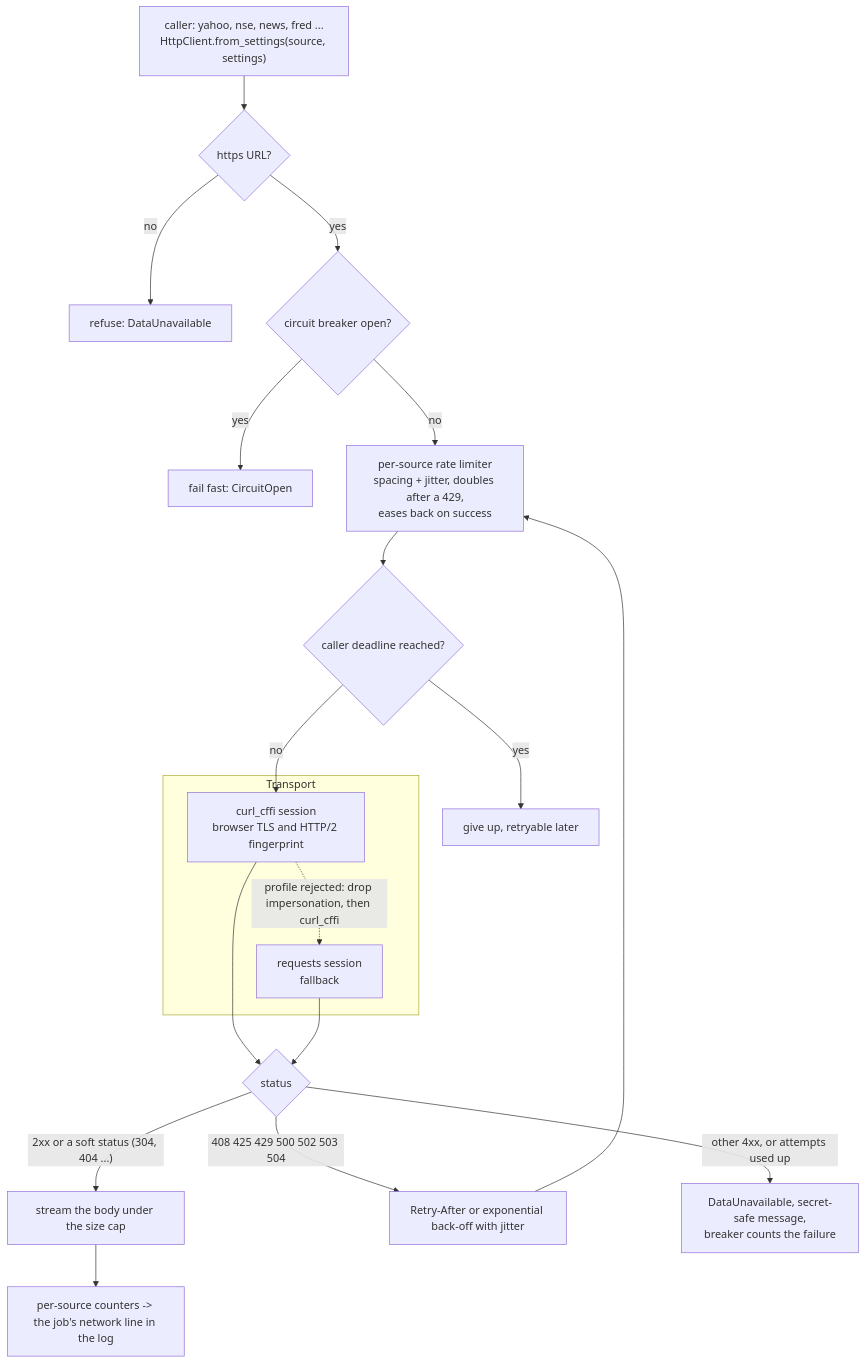
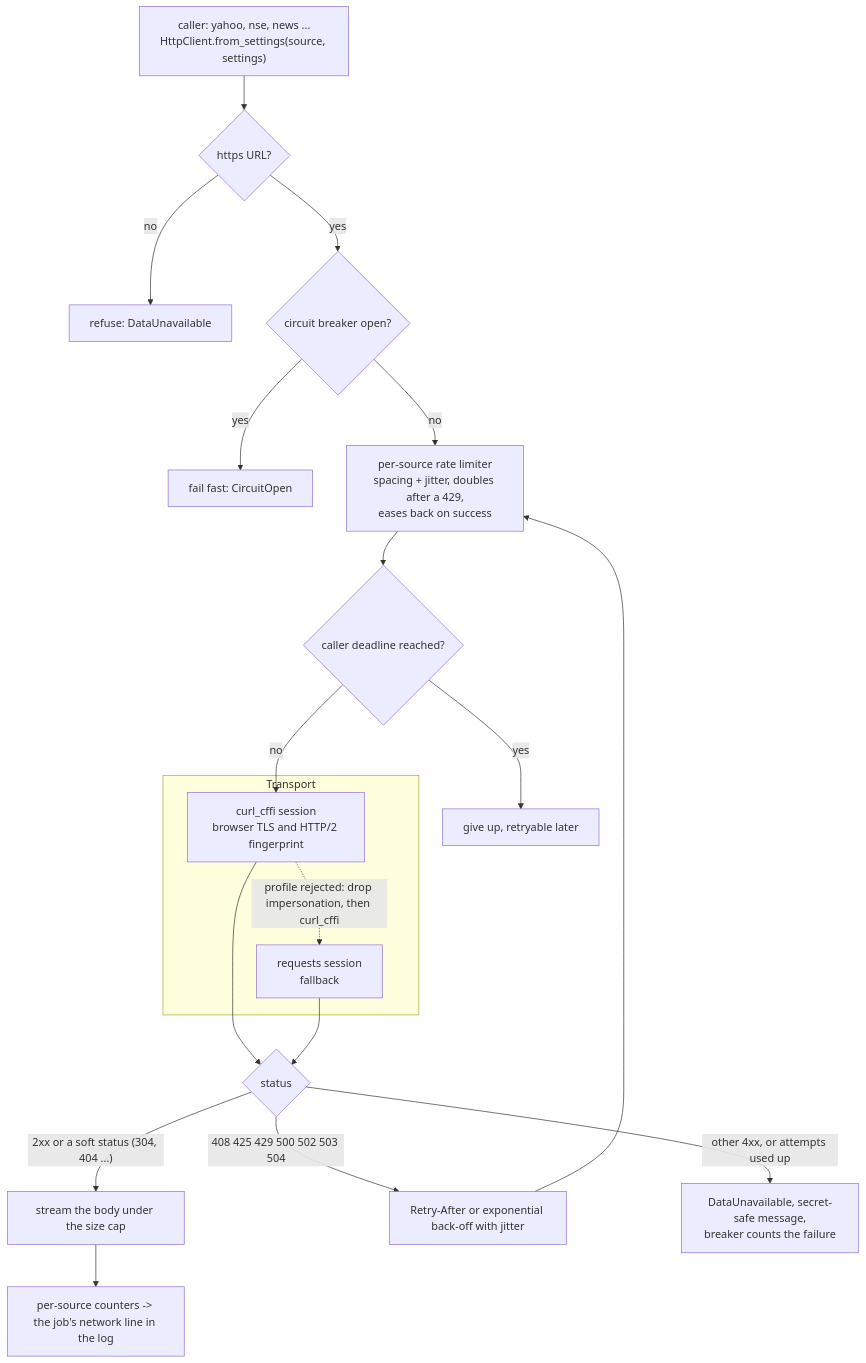
One commit to amansoni7477030/MonsterStock_AI changed diagram 12 of 18 in MONSTER-AI/docs/ARCHITECTURE.md. Above: the diagram before and after it, drawn with Mermaid. The commit also changed other lines of this file and 61 other files, not shown here.

````diff
--- a/MONSTER-AI/docs/ARCHITECTURE.md
+++ b/MONSTER-AI/docs/ARCHITECTURE.md
@@ -486,23 +484,23 @@
 ```mermaid
 flowchart TB
-    CALL["caller: yahoo, nse, news, fred ...<br/>HttpClient.from_settings(source, settings)"] --> HTTPS{"https URL?"}
+    CALL["caller: yahoo, nse, news ...<br/>HttpClient.from_settings(source, settings)"] --> HTTPS{"https URL?"}
     HTTPS -- no --> REF["refuse: DataUnavailable"]
     HTTPS -- yes --> BRK{"circuit breaker open?"}
     BRK -- yes --> FAST["fail fast: CircuitOpen"]
     BRK -- no --> RL["per-source rate limiter<br/>spacing + jitter, doubles after a 429,<br/>eases back on success"]
     RL --> DL{"caller deadline reached?"}
     DL -- yes --> DLX["give up, retryable later"]
     DL -- no --> TR
     subgraph TRG["Transport"]
         TR["curl_cffi session<br/>browser TLS and HTTP/2 fingerprint"]
         RQ["requests session<br/>fallback"]
         TR -. "profile rejected: drop impersonation, then curl_cffi" .-> RQ
     end
     TR --> RESP{"status"}
     RQ --> RESP
     RESP -- "2xx or a soft status (304, 404 ...)" --> BODY["stream the body under the size cap"]
     RESP -- "408 425 429 500 502 503 504" --> BACK["Retry-After or exponential back-off with jitter"]
     BACK --> RL
     RESP -- "other 4xx, or attempts used up" --> ERR["DataUnavailable, secret-safe message,<br/>breaker counts the failure"]
     BODY --> STATS["per-source counters -> the job's network line in the log"]
 ```
````
